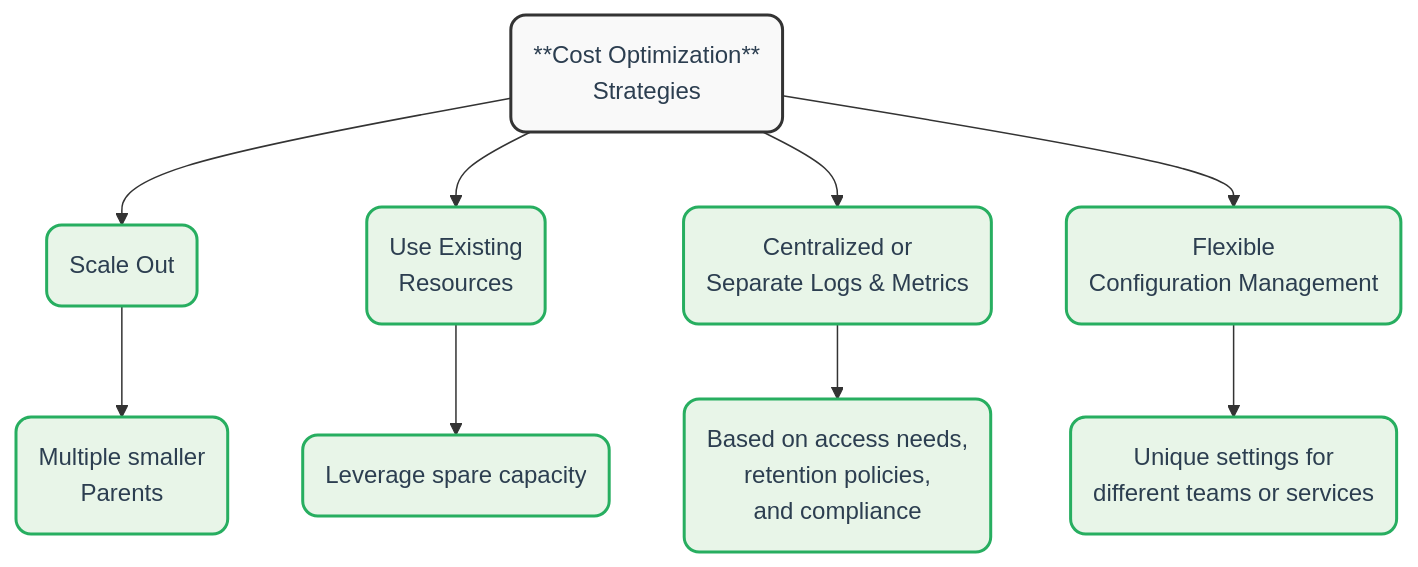
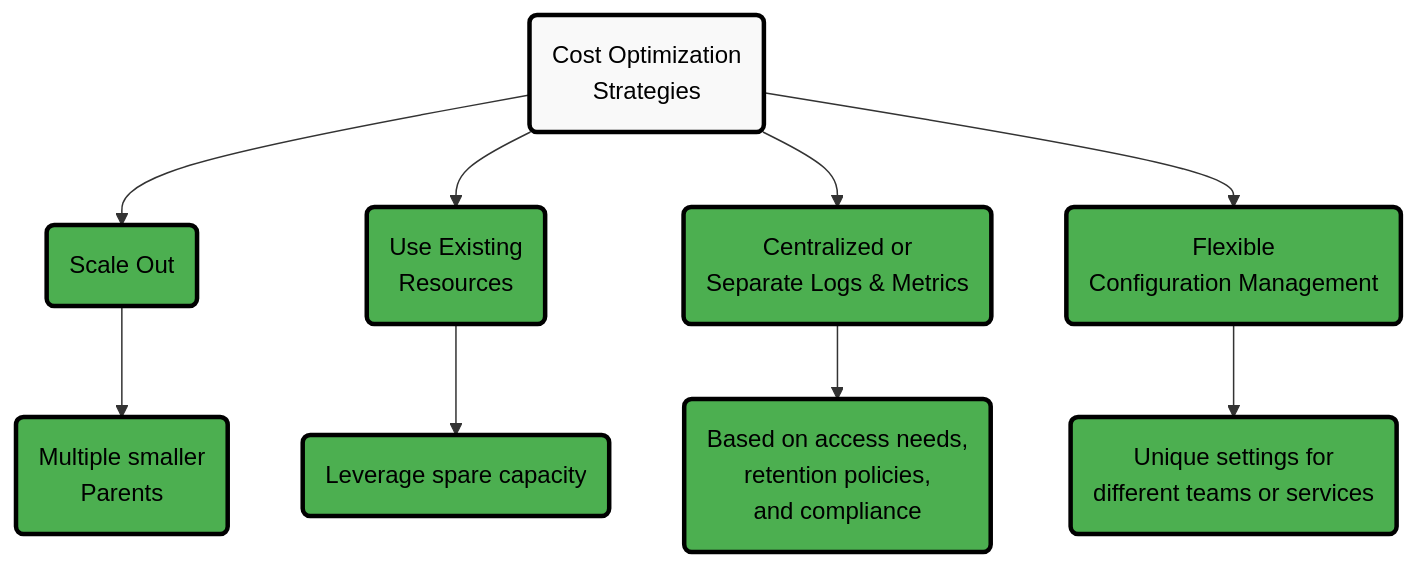
One commit to netdata/netdata changed the second of 2 diagrams in docs/observability-centralization-points/best-practices.md. Above: the diagram before and after it, drawn with Mermaid. The commit also changed other lines of this file, not shown here.

````diff
--- a/docs/observability-centralization-points/best-practices.md
+++ b/docs/observability-centralization-points/best-practices.md
@@ -66,40 +87,29 @@
 ```mermaid
 flowchart TB
-    A[A]
-    B[B]
-    C[C]
-    D[D]
-    E[E]
-    B1[B1]
-    C1[C1]
-    D1[D1]
-    E1[E1]
-    A("**Cost Optimization**<br/>Strategies")
+    A("Cost Optimization<br/>Strategies")
     B("Scale Out")
     C("Use Existing<br/>Resources")
     D("Centralized or<br/>Separate Logs & Metrics")
     E("Flexible<br/>Configuration Management")
     B1("Multiple smaller<br/>Parents")
     C1("Leverage spare capacity")
     D1("Based on access needs,<br/>retention policies,<br/>and compliance")
     E1("Unique settings for<br/>different teams or services")
+    
     A --> B
     A --> C
     A --> D
     A --> E
     B --> B1
     C --> C1
     D --> D1
     E --> E1
-    classDef default fill: #f9f9f9, stroke: #333, stroke-width: 2px, color: #2c3e50, rx: 10, ry: 10
-    classDef strategies fill: #e8f5e8, stroke: #27ae60, stroke-width: 2px, color: #2c3e50, rx: 10, ry: 10
-    class A default
-    class B strategies
-    class C strategies
-    class D strategies
-    class E strategies
-    class B1 strategies
-    class C1 strategies
-    class D1 strategies
-    class E1 strategies
+    
+    classDef alert fill:#ffeb3b,stroke:#000000,stroke-width:3px,color:#000000
+    classDef neutral fill:#f9f9f9,stroke:#000000,stroke-width:3px,color:#000000
+    classDef complete fill:#4caf50,stroke:#000000,stroke-width:3px,color:#000000
+    
+    class A neutral
+    class B,C,D,E complete
+    class B1,C1,D1,E1 complete
 ```
````
